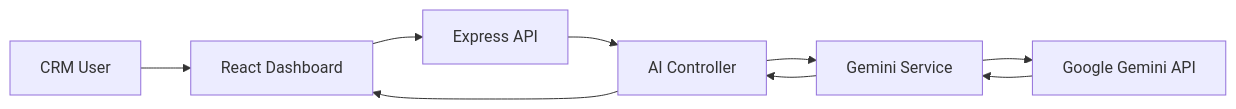
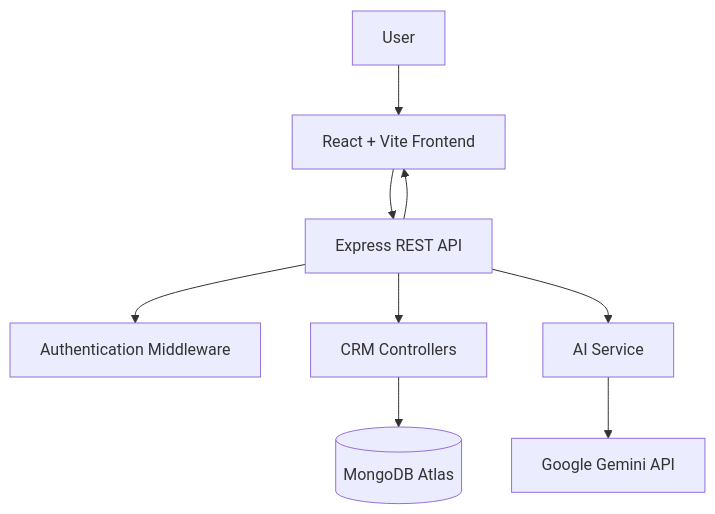
Before and after one commit to chanu2005-wq/AI_CRM_DASHBOARD: the diagram in README.md, drawn with Mermaid. The commit also changed other lines of this file, not shown here.

Commit message:
ClarioCRM

````diff
--- a/README.md
+++ b/README.md
@@ -141,11 +100,11 @@
 ```mermaid
-flowchart LR
-    A[CRM User] --> B[React Dashboard]
-    B --> C[Express API]
-    C --> D[AI Controller]
-    D --> E[Gemini Service]
-    E --> F[Google Gemini API]
-    F --> E
-    E --> D
-    D --> B
+flowchart TD
+    A[User] --> B[React + Vite Frontend]
+    B --> C[Express REST API]
+    C --> D[Authentication Middleware]
+    C --> E[CRM Controllers]
+    E --> F[(MongoDB Atlas)]
+    C --> G[AI Service]
+    G --> H[Google Gemini API]
+    C --> B
 ```
````
